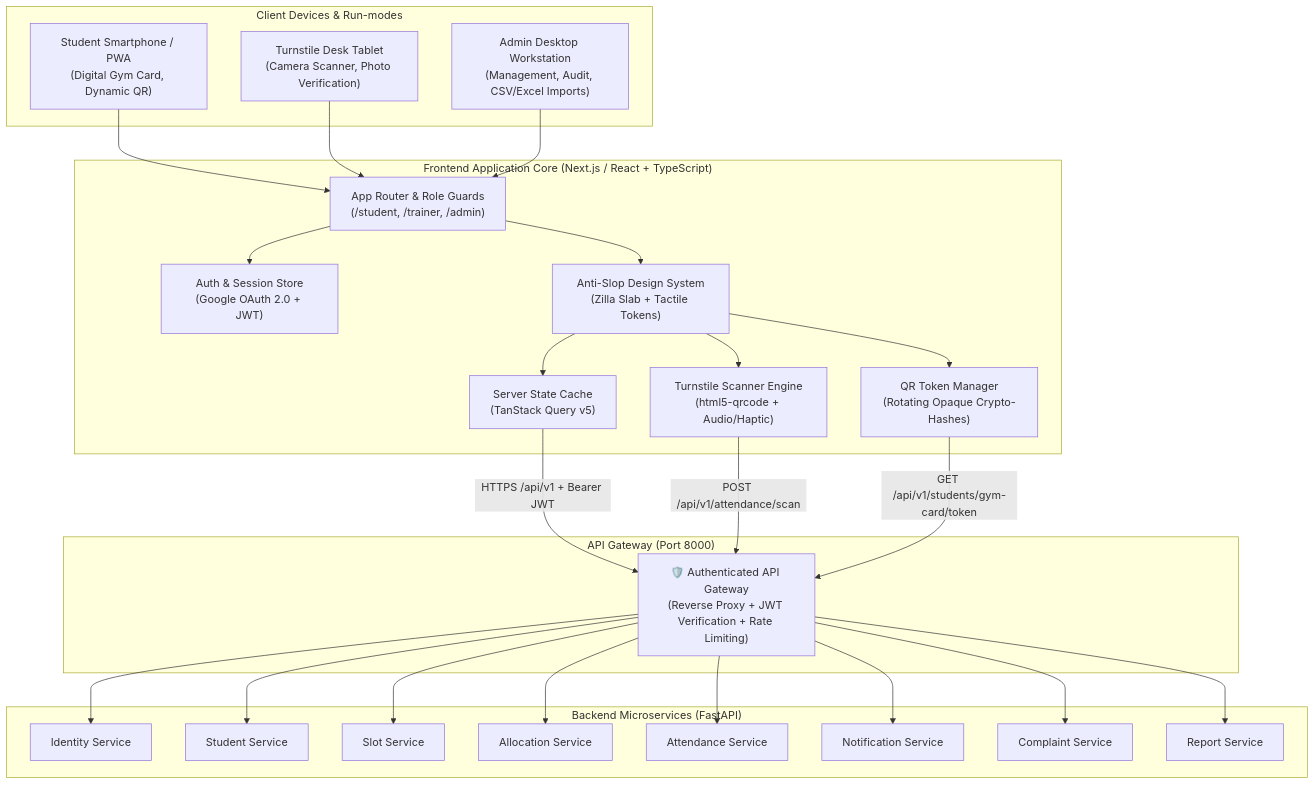
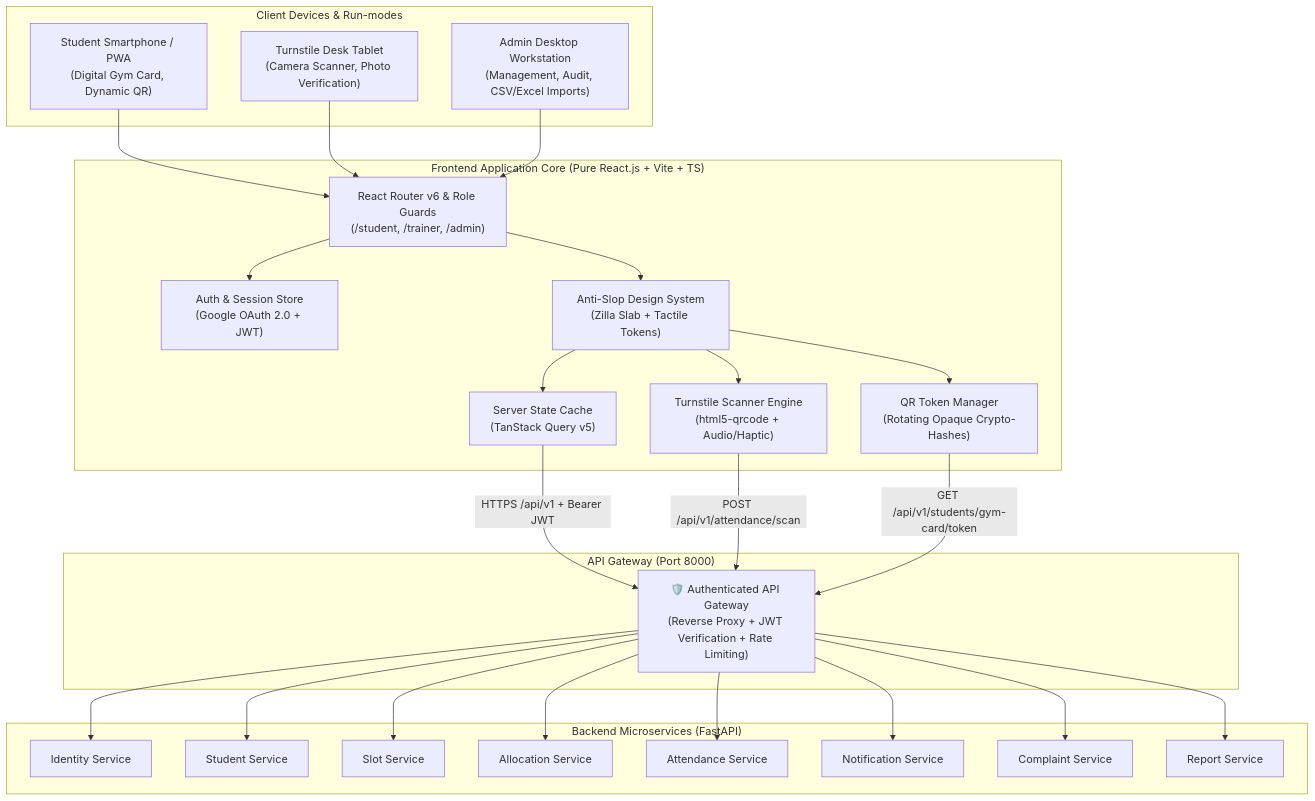
The first of 2 diagrams in frontend/docs/01-frontend-architecture.md (Aarav-cyber/Gym-allocation), drawn with Mermaid before and after one commit. The commit also changed other lines of this file and 3 other files, not shown here.

````diff
--- a/frontend/docs/01-frontend-architecture.md
+++ b/frontend/docs/01-frontend-architecture.md
@@ -15,55 +15,55 @@
 ```mermaid
 graph TB
     subgraph ClientDevices ["Client Devices & Run-modes"]
         MobileStudent["Student Smartphone / PWA<br/>(Digital Gym Card, Dynamic QR)"]
         TabletTrainer["Turnstile Desk Tablet<br/>(Camera Scanner, Photo Verification)"]
         DesktopAdmin["Admin Desktop Workstation<br/>(Management, Audit, CSV/Excel Imports)"]
     end
 
-    subgraph FrontendApp ["Frontend Application Core (Next.js / React + TypeScript)"]
-        Router["App Router & Role Guards<br/>(/student, /trainer, /admin)"]
+    subgraph FrontendApp ["Frontend Application Core (Pure React.js + Vite + TS)"]
+        Router["React Router v6 & Role Guards<br/>(/student, /trainer, /admin)"]
         AuthStore["Auth & Session Store<br/>(Google OAuth 2.0 + JWT)"]
         DataLayer["Server State Cache<br/>(TanStack Query v5)"]
         UIComponents["Anti-Slop Design System<br/>(Zilla Slab + Tactile Tokens)"]
         ScannerModule["Turnstile Scanner Engine<br/>(html5-qrcode + Audio/Haptic)"]
         QRTokenEngine["QR Token Manager<br/>(Rotating Opaque Crypto-Hashes)"]
     end
 
     subgraph GatewayBoundary ["API Gateway (Port 8000)"]
         APIGateway["🛡️ Authenticated API Gateway<br/>(Reverse Proxy + JWT Verification + Rate Limiting)"]
     end
 
     subgraph BackendServices ["Backend Microservices (FastAPI)"]
         IdentitySvc["Identity Service"]
         StudentSvc["Student Service"]
         SlotSvc["Slot Service"]
         AllocationSvc["Allocation Service"]
         AttendanceSvc["Attendance Service"]
         NotificationSvc["Notification Service"]
         ComplaintSvc["Complaint Service"]
         ReportSvc["Report Service"]
     end
 
     MobileStudent --> Router
     TabletTrainer --> Router
     DesktopAdmin --> Router
 
     Router --> AuthStore
     Router --> UIComponents
     UIComponents --> DataLayer
     UIComponents --> ScannerModule
     UIComponents --> QRTokenEngine
 
     DataLayer -->|HTTPS /api/v1 + Bearer JWT| APIGateway
     ScannerModule -->|POST /api/v1/attendance/scan| APIGateway
     QRTokenEngine -->|GET /api/v1/students/gym-card/token| APIGateway
 
     APIGateway --> IdentitySvc
     APIGateway --> StudentSvc
     APIGateway --> SlotSvc
     APIGateway --> AllocationSvc
     APIGateway --> AttendanceSvc
     APIGateway --> NotificationSvc
     APIGateway --> ComplaintSvc
     APIGateway --> ReportSvc
 ```
````
